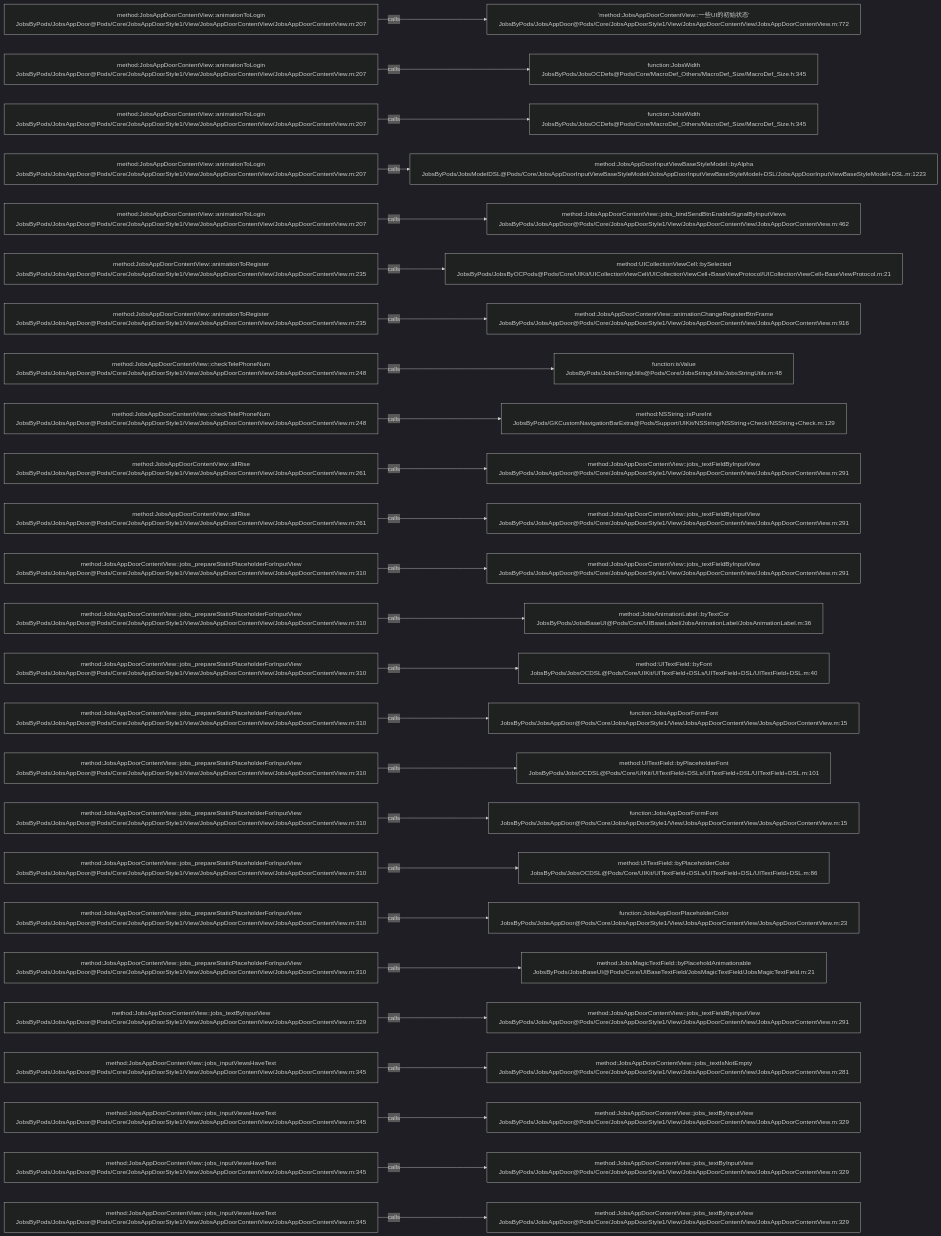
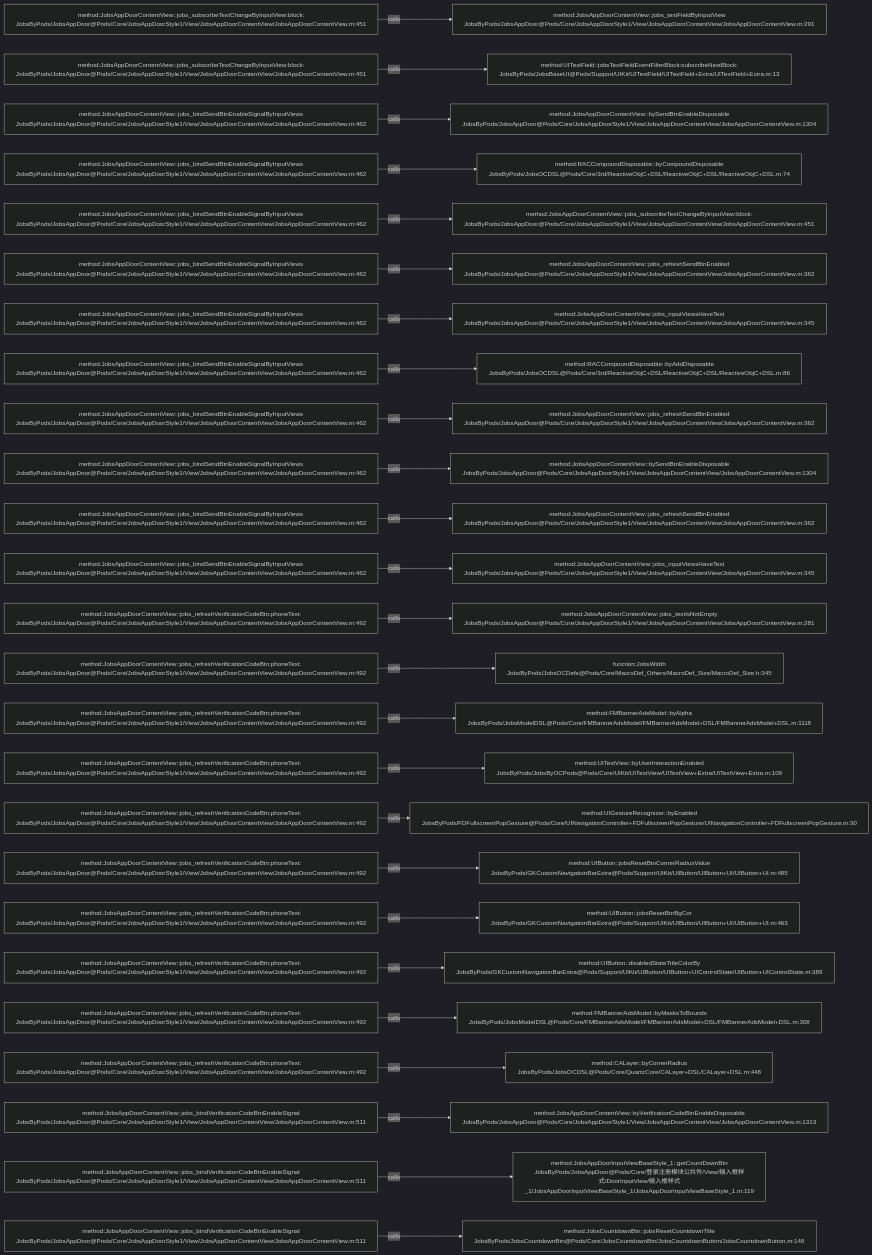
Before and after one commit to JobsKits/JobsOCBaseConfigDemo: the diagram in .codegraph/codegraph.md/graphs/calls-091.md, drawn with Mermaid (dark theme). The commit also changed 223 other files, not shown here.

````diff
--- a/.codegraph/codegraph.md/graphs/calls-091.md
+++ b/.codegraph/codegraph.md/graphs/calls-091.md
@@ -13,78 +13,78 @@
 ```mermaid
 flowchart LR
-  S1["method:JobsAppDoorContentView::animationToLogin<br/>JobsByPods/JobsAppDoor@Pods/Core/JobsAppDoorStyle1/View/JobsAppDoorContentView/JobsAppDoorContentView.m:207"]
-  T1["'method:JobsAppDoorContentView::一些UI的初始状态'<br/>JobsByPods/JobsAppDoor@Pods/Core/JobsAppDoorStyle1/View/JobsAppDoorContentView/JobsAppDoorContentView.m:772"]
+  S1["method:JobsAppDoorContentView::jobs_subscribeTextChangeByInputView:block:<br/>JobsByPods/JobsAppDoor@Pods/Core/JobsAppDoorStyle1/View/JobsAppDoorContentView/JobsAppDoorContentView.m:451"]
+  T1["method:JobsAppDoorContentView::jobs_textFieldByInputView<br/>JobsByPods/JobsAppDoor@Pods/Core/JobsAppDoorStyle1/View/JobsAppDoorContentView/JobsAppDoorContentView.m:291"]
   S1 -->|calls| T1
-  S2["method:JobsAppDoorContentView::animationToLogin<br/>JobsByPods/JobsAppDoor@Pods/Core/JobsAppDoorStyle1/View/JobsAppDoorContentView/JobsAppDoorContentView.m:207"]
-  T2["function:JobsWidth<br/>JobsByPods/JobsOCDefs@Pods/Core/MacroDef_Others/MacroDef_Size/MacroDef_Size.h:345"]
+  S2["method:JobsAppDoorContentView::jobs_subscribeTextChangeByInputView:block:<br/>JobsByPods/JobsAppDoor@Pods/Core/JobsAppDoorStyle1/View/JobsAppDoorContentView/JobsAppDoorContentView.m:451"]
+  T2["method:UITextField::jobsTextFieldEventFilterBlock:subscribeNextBlock:<br/>JobsByPods/JobsBaseUI@Pods/Support/UIKit/UITextField/UITextField+Extra/UITextField+Extra.m:13"]
   S2 -->|calls| T2
-  S3["method:JobsAppDoorContentView::animationToLogin<br/>JobsByPods/JobsAppDoor@Pods/Core/JobsAppDoorStyle1/View/JobsAppDoorContentView/JobsAppDoorContentView.m:207"]
-  T3["function:JobsWidth<br/>JobsByPods/JobsOCDefs@Pods/Core/MacroDef_Others/MacroDef_Size/MacroDef_Size.h:345"]
+  S3["method:JobsAppDoorContentView::jobs_bindSendBtnEnableSignalByInputViews<br/>JobsByPods/JobsAppDoor@Pods/Core/JobsAppDoorStyle1/View/JobsAppDoorContentView/JobsAppDoorContentView.m:462"]
+  T3["method:JobsAppDoorContentView::bySendBtnEnableDisposable<br/>JobsByPods/JobsAppDoor@Pods/Core/JobsAppDoorStyle1/View/JobsAppDoorContentView/JobsAppDoorContentView.m:1304"]
   S3 -->|calls| T3
-  S4["method:JobsAppDoorContentView::animationToLogin<br/>JobsByPods/JobsAppDoor@Pods/Core/JobsAppDoorStyle1/View/JobsAppDoorContentView/JobsAppDoorContentView.m:207"]
-  T4["method:JobsAppDoorInputViewBaseStyleModel::byAlpha<br/>JobsByPods/JobsModelDSL@Pods/Core/JobsAppDoorInputViewBaseStyleModel/JobsAppDoorInputViewBaseStyleModel+DSL/JobsAppDoorInputViewBaseStyleModel+DSL.m:1223"]
+  S4["method:JobsAppDoorContentView::jobs_bindSendBtnEnableSignalByInputViews<br/>JobsByPods/JobsAppDoor@Pods/Core/JobsAppDoorStyle1/View/JobsAppDoorContentView/JobsAppDoorContentView.m:462"]
+  T4["method:RACCompoundDisposable::byCompoundDisposable<br/>JobsByPods/JobsOCDSL@Pods/Core/3rd/ReactiveObjC+DSL/ReactiveObjC+DSL/ReactiveObjC+DSL.m:74"]
   S4 -->|calls| T4
-  S5["method:JobsAppDoorContentView::animationToLogin<br/>JobsByPods/JobsAppDoor@Pods/Core/JobsAppDoorStyle1/View/JobsAppDoorContentView/JobsAppDoorContentView.m:207"]
-  T5["method:JobsAppDoorContentView::jobs_bindSendBtnEnableSignalByInputViews<br/>JobsByPods/JobsAppDoor@Pods/Core/JobsAppDoorStyle1/View/JobsAppDoorContentView/JobsAppDoorContentView.m:462"]
+  S5["method:JobsAppDoorContentView::jobs_bindSendBtnEnableSignalByInputViews<br/>JobsByPods/JobsAppDoor@Pods/Core/JobsAppDoorStyle1/View/JobsAppDoorContentView/JobsAppDoorContentView.m:462"]
+  T5["method:JobsAppDoorContentView::jobs_subscribeTextChangeByInputView:block:<br/>JobsByPods/JobsAppDoor@Pods/Core/JobsAppDoorStyle1/View/JobsAppDoorContentView/JobsAppDoorContentView.m:451"]
   S5 -->|calls| T5
-  S6["method:JobsAppDoorContentView::animationToRegister<br/>JobsByPods/JobsAppDoor@Pods/Core/JobsAppDoorStyle1/View/JobsAppDoorContentView/JobsAppDoorContentView.m:235"]
-  T6["method:UICollectionViewCell::bySelected<br/>JobsByPods/JobsByOCPods@Pods/Core/UIKit/UICollectionViewCell/UICollectionViewCell+BaseViewProtocol/UICollectionViewCell+BaseViewProtocol.m:21"]
+  S6["method:JobsAppDoorContentView::jobs_bindSendBtnEnableSignalByInputViews<br/>JobsByPods/JobsAppDoor@Pods/Core/JobsAppDoorStyle1/View/JobsAppDoorContentView/JobsAppDoorContentView.m:462"]
+  T6["method:JobsAppDoorContentView::jobs_refreshSendBtnEnabled<br/>JobsByPods/JobsAppDoor@Pods/Core/JobsAppDoorStyle1/View/JobsAppDoorContentView/JobsAppDoorContentView.m:362"]
   S6 -->|calls| T6
-  S7["method:JobsAppDoorContentView::animationToRegister<br/>JobsByPods/JobsAppDoor@Pods/Core/JobsAppDoorStyle1/View/JobsAppDoorContentView/JobsAppDoorContentView.m:235"]
-  T7["method:JobsAppDoorContentView::animationChangeRegisterBtnFrame<br/>JobsByPods/JobsAppDoor@Pods/Core/JobsAppDoorStyle1/View/JobsAppDoorContentView/JobsAppDoorContentView.m:916"]
+  S7["method:JobsAppDoorContentView::jobs_bindSendBtnEnableSignalByInputViews<br/>JobsByPods/JobsAppDoor@Pods/Core/JobsAppDoorStyle1/View/JobsAppDoorContentView/JobsAppDoorContentView.m:462"]
+  T7["method:JobsAppDoorContentView::jobs_inputViewsHaveText<br/>JobsByPods/JobsAppDoor@Pods/Core/JobsAppDoorStyle1/View/JobsAppDoorContentView/JobsAppDoorContentView.m:345"]
   S7 -->|calls| T7
-  S8["method:JobsAppDoorContentView::checkTelePhoneNum<br/>JobsByPods/JobsAppDoor@Pods/Core/JobsAppDoorStyle1/View/JobsAppDoorContentView/JobsAppDoorContentView.m:248"]
-  T8["function:isValue<br/>JobsByPods/JobsStringUtils@Pods/Core/JobsStringUtils/JobsStringUtils.m:48"]
+  S8["method:JobsAppDoorContentView::jobs_bindSendBtnEnableSignalByInputViews<br/>JobsByPods/JobsAppDoor@Pods/Core/JobsAppDoorStyle1/View/JobsAppDoorContentView/JobsAppDoorContentView.m:462"]
+  T8["method:RACCompoundDisposable::byAddDisposable<br/>JobsByPods/JobsOCDSL@Pods/Core/3rd/ReactiveObjC+DSL/ReactiveObjC+DSL/ReactiveObjC+DSL.m:86"]
   S8 -->|calls| T8
-  S9["method:JobsAppDoorContentView::checkTelePhoneNum<br/>JobsByPods/JobsAppDoor@Pods/Core/JobsAppDoorStyle1/View/JobsAppDoorContentView/JobsAppDoorContentView.m:248"]
-  T9["method:NSString::isPureInt<br/>JobsByPods/GKCustomNavigationBarExtra@Pods/Support/UIKit/NSString/NSString+Check/NSString+Check.m:129"]
+  S9["method:JobsAppDoorContentView::jobs_bindSendBtnEnableSignalByInputViews<br/>JobsByPods/JobsAppDoor@Pods/Core/JobsAppDoorStyle1/View/JobsAppDoorContentView/JobsAppDoorContentView.m:462"]
+  T9["method:JobsAppDoorContentView::jobs_refreshSendBtnEnabled<br/>JobsByPods/JobsAppDoor@Pods/Core/JobsAppDoorStyle1/View/JobsAppDoorContentView/JobsAppDoorContentView.m:362"]
   S9 -->|calls| T9
-  S10["method:JobsAppDoorContentView::allRise<br/>JobsByPods/JobsAppDoor@Pods/Core/JobsAppDoorStyle1/View/JobsAppDoorContentView/JobsAppDoorContentView.m:261"]
-  T10["method:JobsAppDoorContentView::jobs_textFieldByInputView<br/>JobsByPods/JobsAppDoor@Pods/Core/JobsAppDoorStyle1/View/JobsAppDoorContentView/JobsAppDoorContentView.m:291"]
+  S10["method:JobsAppDoorContentView::jobs_bindSendBtnEnableSignalByInputViews<br/>JobsByPods/JobsAppDoor@Pods/Core/JobsAppDoorStyle1/View/JobsAppDoorContentView/JobsAppDoorContentView.m:462"]
+  T10["method:JobsAppDoorContentView::bySendBtnEnableDisposable<br/>JobsByPods/JobsAppDoor@Pods/Core/JobsAppDoorStyle1/View/JobsAppDoorContentView/JobsAppDoorContentView.m:1304"]
   S10 -->|calls| T10
-  S11["method:JobsAppDoorContentView::allRise<br/>JobsByPods/JobsAppDoor@Pods/Core/JobsAppDoorStyle1/View/JobsAppDoorContentView/JobsAppDoorContentView.m:261"]
-  T11["method:JobsAppDoorContentView::jobs_textFieldByInputView<br/>JobsByPods/JobsAppDoor@Pods/Core/JobsAppDoorStyle1/View/JobsAppDoorContentView/JobsAppDoorContentView.m:291"]
+  S11["method:JobsAppDoorContentView::jobs_bindSendBtnEnableSignalByInputViews<br/>JobsByPods/JobsAppDoor@Pods/Core/JobsAppDoorStyle1/View/JobsAppDoorContentView/JobsAppDoorContentView.m:462"]
+  T11["method:JobsAppDoorContentView::jobs_refreshSendBtnEnabled<br/>JobsByPods/JobsAppDoor@Pods/Core/JobsAppDoorStyle1/View/JobsAppDoorContentView/JobsAppDoorContentView.m:362"]
   S11 -->|calls| T11
-  S12["method:JobsAppDoorContentView::jobs_prepareStaticPlaceholderForInputView<br/>JobsByPods/JobsAppDoor@Pods/Core/JobsAppDoorStyle1/View/JobsAppDoorContentView/JobsAppDoorContentView.m:310"]
-  T12["method:JobsAppDoorContentView::jobs_textFieldByInputView<br/>JobsByPods/JobsAppDoor@Pods/Core/JobsAppDoorStyle1/View/JobsAppDoorContentView/JobsAppDoorContentView.m:291"]
+  S12["method:JobsAppDoorContentView::jobs_bindSendBtnEnableSignalByInputViews<br/>JobsByPods/JobsAppDoor@Pods/Core/JobsAppDoorStyle1/View/JobsAppDoorContentView/JobsAppDoorContentView.m:462"]
+  T12["method:JobsAppDoorContentView::jobs_inputViewsHaveText<br/>JobsByPods/JobsAppDoor@Pods/Core/JobsAppDoorStyle1/View/JobsAppDoorContentView/JobsAppDoorContentView.m:345"]
   S12 -->|calls| T12
-  S13["method:JobsAppDoorContentView::jobs_prepareStaticPlaceholderForInputView<br/>JobsByPods/JobsAppDoor@Pods/Core/JobsAppDoorStyle1/View/JobsAppDoorContentView/JobsAppDoorContentView.m:310"]
-  T13["method:JobsAnimationLabel::byTextCor<br/>JobsByPods/JobsBaseUI@Pods/Core/UIBaseLabel/JobsAnimationLabel/JobsAnimationLabel.m:36"]
+  S13["method:JobsAppDoorContentView::jobs_refreshVerificationCodeBtn:phoneText:<br/>JobsByPods/JobsAppDoor@Pods/Core/JobsAppDoorStyle1/View/JobsAppDoorContentView/JobsAppDoorContentView.m:492"]
+  T13["method:JobsAppDoorContentView::jobs_textIsNotEmpty<br/>JobsByPods/JobsAppDoor@Pods/Core/JobsAppDoorStyle1/View/JobsAppDoorContentView/JobsAppDoorContentView.m:281"]
   S13 -->|calls| T13
-  S14["method:JobsAppDoorContentView::jobs_prepareStaticPlaceholderForInputView<br/>JobsByPods/JobsAppDoor@Pods/Core/JobsAppDoorStyle1/View/JobsAppDoorContentView/JobsAppDoorContentView.m:310"]
-  T14["method:UITextField::byFont<br/>JobsByPods/JobsOCDSL@Pods/Core/UIKit/UITextField+DSLs/UITextField+DSL/UITextField+DSL.m:40"]
+  S14["method:JobsAppDoorContentView::jobs_refreshVerificationCodeBtn:phoneText:<br/>JobsByPods/JobsAppDoor@Pods/Core/JobsAppDoorStyle1/View/JobsAppDoorContentView/JobsAppDoorContentView.m:492"]
+  T14["function:JobsWidth<br/>JobsByPods/JobsOCDefs@Pods/Core/MacroDef_Others/MacroDef_Size/MacroDef_Size.h:345"]
   S14 -->|calls| T14
-  S15["method:JobsAppDoorContentView::jobs_prepareStaticPlaceholderForInputView<br/>JobsByPods/JobsAppDoor@Pods/Core/JobsAppDoorStyle1/View/JobsAppDoorContentView/JobsAppDoorContentView.m:310"]
-  T15["function:JobsAppDoorFormFont<br/>JobsByPods/JobsAppDoor@Pods/Core/JobsAppDoorStyle1/View/JobsAppDoorContentView/JobsAppDoorContentView.m:15"]
+  S15["method:JobsAppDoorContentView::jobs_refreshVerificationCodeBtn:phoneText:<br/>JobsByPods/JobsAppDoor@Pods/Core/JobsAppDoorStyle1/View/JobsAppDoorContentView/JobsAppDoorContentView.m:492"]
+  T15["method:FMBannerAdsModel::byAlpha<br/>JobsByPods/JobsModelDSL@Pods/Core/FMBannerAdsModel/FMBannerAdsModel+DSL/FMBannerAdsModel+DSL.m:1118"]
   S15 -->|calls| T15
-  S16["method:JobsAppDoorContentView::jobs_prepareStaticPlaceholderForInputView<br/>JobsByPods/JobsAppDoor@Pods/Core/JobsAppDoorStyle1/View/JobsAppDoorContentView/JobsAppDoorContentView.m:310"]
-  T16["method:UITextField::byPlaceholderFont<br/>JobsByPods/JobsOCDSL@Pods/Core/UIKit/UITextField+DSLs/UITextField+DSL/UITextField+DSL.m:101"]
+  S16["method:JobsAppDoorContentView::jobs_refreshVerificationCodeBtn:phoneText:<br/>JobsByPods/JobsAppDoor@Pods/Core/JobsAppDoorStyle1/View/JobsAppDoorContentView/JobsAppDoorContentView.m:492"]
+  T16["method:UITextView::byUserInteractionEnabled<br/>JobsByPods/JobsByOCPods@Pods/Core/UIKit/UITextView/UITextView+Extra/UITextView+Extra.m:109"]
   S16 -->|calls| T16
-  S17["method:JobsAppDoorContentView::jobs_prepareStaticPlaceholderForInputView<br/>JobsByPods/JobsAppDoor@Pods/Core/JobsAppDoorStyle1/View/JobsAppDoorContentView/JobsAppDoorContentView.m:310"]
-  T17["function:JobsAppDoorFormFont<br/>JobsByPods/JobsAppDoor@Pods/Core/JobsAppDoorStyle1/View/JobsAppDoorContentView/JobsAppDoorContentView.m:15"]
+  S17["method:JobsAppDoorContentView::jobs_refreshVerificationCodeBtn:phoneText:<br/>JobsByPods/JobsAppDoor@Pods/Core/JobsAppDoorStyle1/View/JobsAppDoorContentView/JobsAppDoorContentView.m:492"]
+  T17["method:UIGestureRecognizer::byEnabled<br/>JobsByPods/FDFullscreenPopGesture@Pods/Core/UINavigationController+FDFullscreenPopGesture/UINavigationController+FDFullscreenPopGesture.m:30"]
   S17 -->|calls| T17
-  S18["method:JobsAppDoorContentView::jobs_prepareStaticPlaceholderForInputView<br/>JobsByPods/JobsAppDoor@Pods/Core/JobsAppDoorStyle1/View/JobsAppDoorContentView/JobsAppDoorContentView.m:310"]
-  T18["method:UITextField::byPlaceholderColor<br/>JobsByPods/JobsOCDSL@Pods/Core/UIKit/UITextField+DSLs/UITextField+DSL/UITextField+DSL.m:86"]
+  S18["method:JobsAppDoorContentView::jobs_refreshVerificationCodeBtn:phoneText:<br/>JobsByPods/JobsAppDoor@Pods/Core/JobsAppDoorStyle1/View/JobsAppDoorContentView/JobsAppDoorContentView.m:492"]
+  T18["method:UIButton::jobsResetBtnCornerRadiusValue<br/>JobsByPods/GKCustomNavigationBarExtra@Pods/Support/UIKit/UIButton/UIButton+UI/UIButton+UI.m:485"]
   S18 -->|calls| T18
-  S19["method:JobsAppDoorContentView::jobs_prepareStaticPlaceholderForInputView<br/>JobsByPods/JobsAppDoor@Pods/Core/JobsAppDoorStyle1/View/JobsAppDoorContentView/JobsAppDoorContentView.m:310"]
-  T19["function:JobsAppDoorPlaceholderColor<br/>JobsByPods/JobsAppDoor@Pods/Core/JobsAppDoorStyle1/View/JobsAppDoorContentView/JobsAppDoorContentView.m:23"]
+  S19["method:JobsAppDoorContentView::jobs_refreshVerificationCodeBtn:phoneText:<br/>JobsByPods/JobsAppDoor@Pods/Core/JobsAppDoorStyle1/View/JobsAppDoorContentView/JobsAppDoorContentView.m:492"]
+  T19["method:UIButton::jobsResetBtnBgCor<br/>JobsByPods/GKCustomNavigationBarExtra@Pods/Support/UIKit/UIButton/UIButton+UI/UIButton+UI.m:463"]
   S19 -->|calls| T19
-  S20["method:JobsAppDoorContentView::jobs_prepareStaticPlaceholderForInputView<br/>JobsByPods/JobsAppDoor@Pods/Core/JobsAppDoorStyle1/View/JobsAppDoorContentView/JobsAppDoorContentView.m:310"]
-  T20["method:JobsMagicTextField::byPlaceholdAnimationable<br/>JobsByPods/JobsBaseUI@Pods/Core/UIBaseTextField/JobsMagicTextField/JobsMagicTextField.m:21"]
+  S20["method:JobsAppDoorContentView::jobs_refreshVerificationCodeBtn:phoneText:<br/>JobsByPods/JobsAppDoor@Pods/Core/JobsAppDoorStyle1/View/JobsAppDoorContentView/JobsAppDoorContentView.m:492"]
+  T20["method:UIButton::disabledStateTitleColorBy<br/>JobsByPods/GKCustomNavigationBarExtra@Pods/Support/UIKit/UIButton/UIButton+UIControlState/UIButton+UIControlState.m:389"]
   S20 -->|calls| T20
-  S21["method:JobsAppDoorContentView::jobs_textByInputView<br/>JobsByPods/JobsAppDoor@Pods/Core/JobsAppDoorStyle1/View/JobsAppDoorContentView/JobsAppDoorContentView.m:329"]
-  T21["method:JobsAppDoorContentView::jobs_textFieldByInputView<br/>JobsByPods/JobsAppDoor@Pods/Core/JobsAppDoorStyle1/View/JobsAppDoorContentView/JobsAppDoorContentView.m:291"]
+  S21["method:JobsAppDoorContentView::jobs_refreshVerificationCodeBtn:phoneText:<br/>JobsByPods/JobsAppDoor@Pods/Core/JobsAppDoorStyle1/View/JobsAppDoorContentView/JobsAppDoorContentView.m:492"]
+  T21["method:FMBannerAdsModel::byMasksToBounds<br/>JobsByPods/JobsModelDSL@Pods/Core/FMBannerAdsModel/FMBannerAdsModel+DSL/FMBannerAdsModel+DSL.m:308"]
   S21 -->|calls| T21
-  S22["method:JobsAppDoorContentView::jobs_inputViewsHaveText<br/>JobsByPods/JobsAppDoor@Pods/Core/JobsAppDoorStyle1/View/JobsAppDoorContentView/JobsAppDoorContentView.m:345"]
-  T22["method:JobsAppDoorContentView::jobs_textIsNotEmpty<br/>JobsByPods/JobsAppDoor@Pods/Core/JobsAppDoorStyle1/View/JobsAppDoorContentView/JobsAppDoorContentView.m:281"]
+  S22["method:JobsAppDoorContentView::jobs_refreshVerificationCodeBtn:phoneText:<br/>JobsByPods/JobsAppDoor@Pods/Core/JobsAppDoorStyle1/View/JobsAppDoorContentView/JobsAppDoorContentView.m:492"]
+  T22["method:CALayer::byCornerRadius<br/>JobsByPods/JobsOCDSL@Pods/Core/QuartzCore/CALayer+DSL/CALayer+DSL.m:448"]
   S22 -->|calls| T22
-  S23["method:JobsAppDoorContentView::jobs_inputViewsHaveText<br/>JobsByPods/JobsAppDoor@Pods/Core/JobsAppDoorStyle1/View/JobsAppDoorContentView/JobsAppDoorContentView.m:345"]
-  T23["method:JobsAppDoorContentView::jobs_textByInputView<br/>JobsByPods/JobsAppDoor@Pods/Core/JobsAppDoorStyle1/View/JobsAppDoorContentView/JobsAppDoorContentView.m:329"]
+  S23["method:JobsAppDoorContentView::jobs_bindVerificationCodeBtnEnableSignal<br/>JobsByPods/JobsAppDoor@Pods/Core/JobsAppDoorStyle1/View/JobsAppDoorContentView/JobsAppDoorContentView.m:511"]
+  T23["method:JobsAppDoorContentView::byVerificationCodeBtnEnableDisposable<br/>JobsByPods/JobsAppDoor@Pods/Core/JobsAppDoorStyle1/View/JobsAppDoorContentView/JobsAppDoorContentView.m:1313"]
   S23 -->|calls| T23
-  S24["method:JobsAppDoorContentView::jobs_inputViewsHaveText<br/>JobsByPods/JobsAppDoor@Pods/Core/JobsAppDoorStyle1/View/JobsAppDoorContentView/JobsAppDoorContentView.m:345"]
-  T24["method:JobsAppDoorContentView::jobs_textByInputView<br/>JobsByPods/JobsAppDoor@Pods/Core/JobsAppDoorStyle1/View/JobsAppDoorContentView/JobsAppDoorContentView.m:329"]
+  S24["method:JobsAppDoorContentView::jobs_bindVerificationCodeBtnEnableSignal<br/>JobsByPods/JobsAppDoor@Pods/Core/JobsAppDoorStyle1/View/JobsAppDoorContentView/JobsAppDoorContentView.m:511"]
+  T24["method:JobsAppDoorInputViewBaseStyle_1::getCountDownBtn<br/>JobsByPods/JobsAppDoor@Pods/Core/登录注册模块公共件/View/输入框样式/DoorInputView/输入框样式_1/JobsAppDoorInputViewBaseStyle_1/JobsAppDoorInputViewBaseStyle_1.m:119"]
   S24 -->|calls| T24
-  S25["method:JobsAppDoorContentView::jobs_inputViewsHaveText<br/>JobsByPods/JobsAppDoor@Pods/Core/JobsAppDoorStyle1/View/JobsAppDoorContentView/JobsAppDoorContentView.m:345"]
-  T25["method:JobsAppDoorContentView::jobs_textByInputView<br/>JobsByPods/JobsAppDoor@Pods/Core/JobsAppDoorStyle1/View/JobsAppDoorContentView/JobsAppDoorContentView.m:329"]
+  S25["method:JobsAppDoorContentView::jobs_bindVerificationCodeBtnEnableSignal<br/>JobsByPods/JobsAppDoor@Pods/Core/JobsAppDoorStyle1/View/JobsAppDoorContentView/JobsAppDoorContentView.m:511"]
+  T25["method:JobsCountdownBtn::jobsResetCountdownTitle<br/>JobsByPods/JobsCountdownBtn@Pods/Core/JobsCountdownBtn/JobsCountdownButton/JobsCountdownButton.m:148"]
   S25 -->|calls| T25
 ```
````
